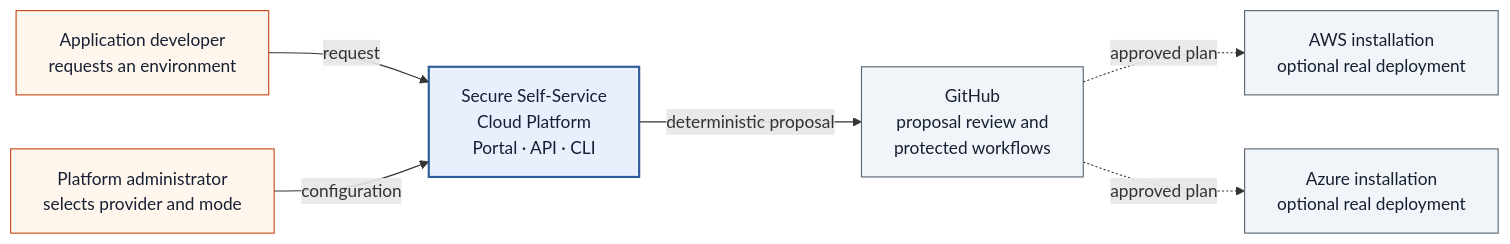
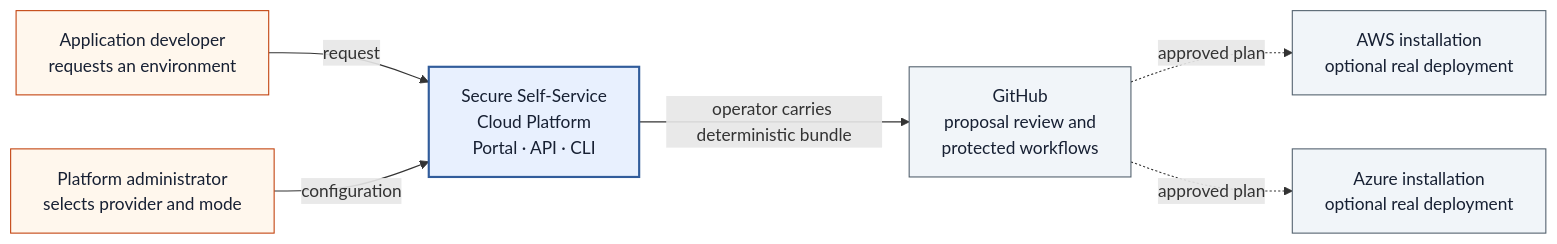
The diagram in docs/diagrams/src/system-context.mmd (abdalrahmanattya/secure-self-service-cloud-platform), drawn with Mermaid before and after one commit. The commit also changed 208 other files, not shown here.

```diff
--- a/docs/diagrams/src/system-context.mmd
+++ b/docs/diagrams/src/system-context.mmd
@@ -1,21 +1,21 @@
 %% System context: the platform coordinates requests and reviewed delivery.
 flowchart LR
     developer["Application developer\nrequests an environment"]
     administrator["Platform administrator\nselects provider and mode"]
     platform["Secure Self-Service\nCloud Platform\nPortal · API · CLI"]
     github["GitHub\nproposal review and\nprotected workflows"]
     aws["AWS installation\noptional real deployment"]
     azure["Azure installation\noptional real deployment"]
 
     developer -->|request| platform
     administrator -->|configuration| platform
-    platform -->|deterministic proposal| github
+    platform -->|operator carries deterministic bundle| github
     github -.->|approved plan| aws
     github -.->|approved plan| azure
 
     classDef person fill:#fff7ed,stroke:#c2410c,color:#172033,stroke-width:1px
     classDef system fill:#e8f0fe,stroke:#315c9b,color:#172033,stroke-width:2px
     classDef external fill:#f1f5f9,stroke:#52606d,color:#172033,stroke-width:1px
     class developer,administrator person
     class platform system
     class github,aws,azure external
```
